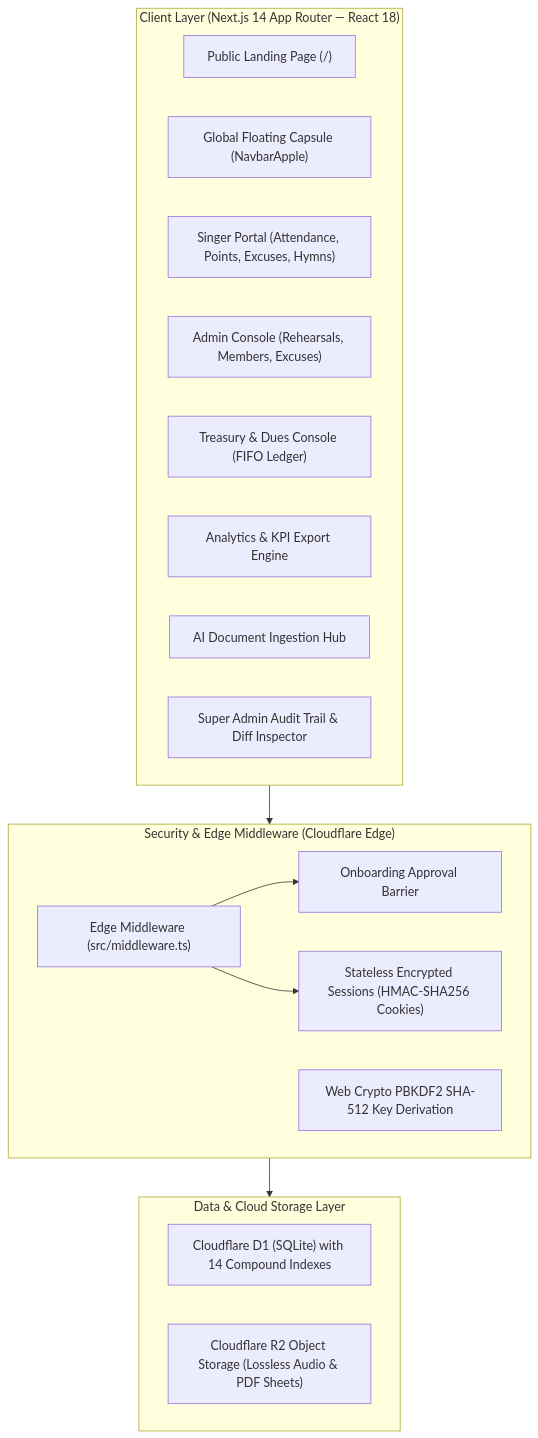
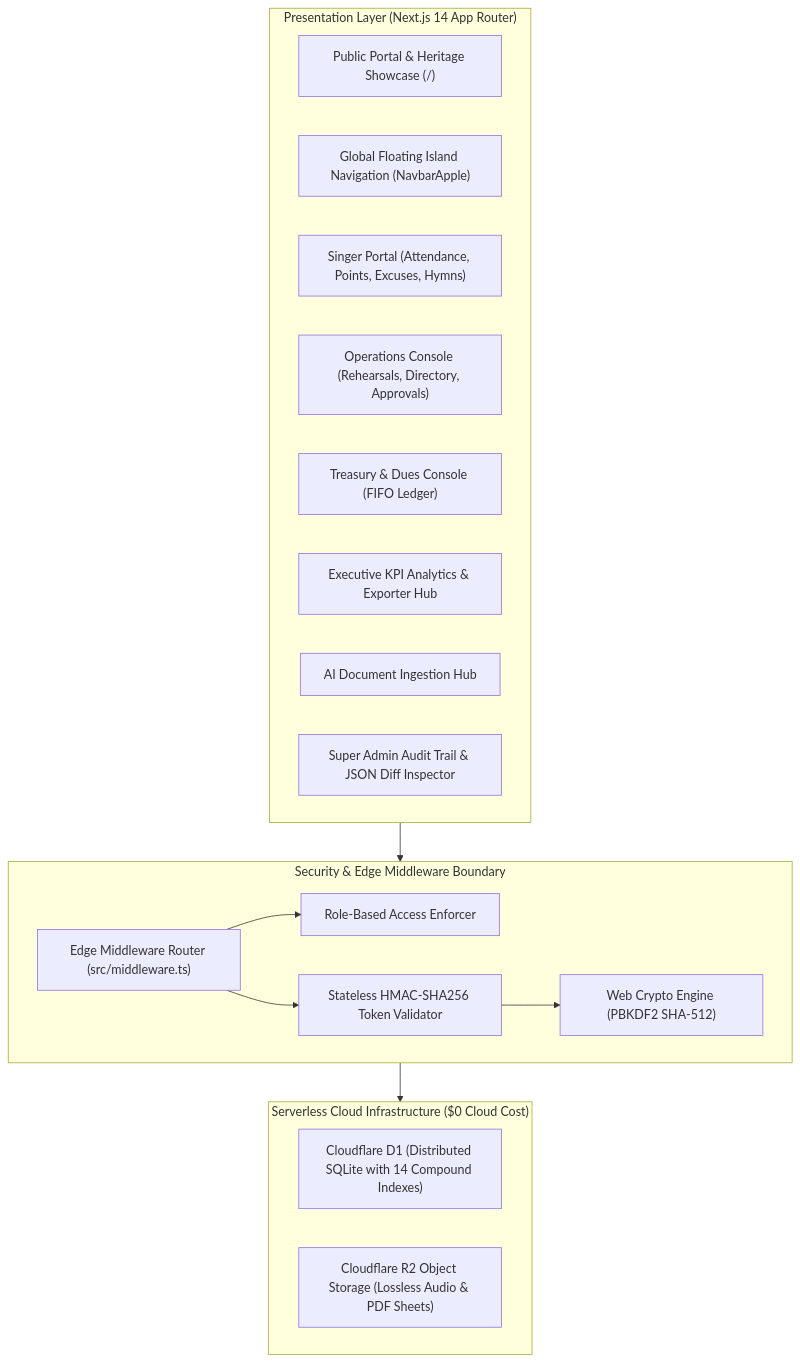
The diagram in README.md (FadyAmgadNaoum/ThamarShefahChoir), drawn with Mermaid before and after one commit. The commit also changed other lines of this file and 6 other files, not shown here.

````diff
--- a/README.md
+++ b/README.md
@@ -106,30 +43,31 @@
 ```mermaid
 flowchart TD
-    subgraph ClientLayer["Client Layer (Next.js 14 App Router — React 18)"]
-        Landing["Public Landing Page (/)"]
-        DynamicIsland["Global Floating Capsule (NavbarApple)"]
+    subgraph PresentationLayer["Presentation Layer (Next.js 14 App Router)"]
+        PublicLanding["Public Portal & Heritage Showcase (/)"]
+        DynamicIsland["Global Floating Island Navigation (NavbarApple)"]
         MemberPortal["Singer Portal (Attendance, Points, Excuses, Hymns)"]
-        AdminDashboard["Admin Console (Rehearsals, Members, Excuses)"]
-        FinanceDashboard["Treasury & Dues Console (FIFO Ledger)"]
-        ReportsConsole["Analytics & KPI Export Engine"]
-        AIImportHub["AI Document Ingestion Hub"]
-        SuperAudit["Super Admin Audit Trail & Diff Inspector"]
+        AdminConsole["Operations Console (Rehearsals, Directory, Approvals)"]
+        TreasuryConsole["Treasury & Dues Console (FIFO Ledger)"]
+        AnalyticsConsole["Executive KPI Analytics & Exporter Hub"]
+        AIHub["AI Document Ingestion Hub"]
+        AuditConsole["Super Admin Audit Trail & JSON Diff Inspector"]
     end
 
-    subgraph SecurityLayer["Security & Edge Middleware (Cloudflare Edge)"]
-        EdgeMW["Edge Middleware (src/middleware.ts)"]
-        AuthBarrier["Onboarding Approval Barrier"]
-        PBKDF2["Web Crypto PBKDF2 SHA-512 Key Derivation"]
-        SessionCrypto["Stateless Encrypted Sessions (HMAC-SHA256 Cookies)"]
-        EdgeMW --> AuthBarrier
-        EdgeMW --> SessionCrypto
+    subgraph SecurityBoundary["Security & Edge Middleware Boundary"]
+        EdgeMW["Edge Middleware Router (src/middleware.ts)"]
+        RBACGate["Role-Based Access Enforcer"]
+        CryptoEngine["Web Crypto Engine (PBKDF2 SHA-512)"]
+        TokenAuth["Stateless HMAC-SHA256 Token Validator"]
+        EdgeMW --> RBACGate
+        EdgeMW --> TokenAuth
+        TokenAuth --> CryptoEngine
     end
 
-    subgraph StorageLayer["Data & Cloud Storage Layer"]
-        D1["Cloudflare D1 (SQLite) with 14 Compound Indexes"]
-        R2["Cloudflare R2 Object Storage (Lossless Audio & PDF Sheets)"]
+    subgraph PersistenceLayer["Serverless Cloud Infrastructure ($0 Cloud Cost)"]
+        D1DB["Cloudflare D1 (Distributed SQLite with 14 Compound Indexes)"]
+        R2Storage["Cloudflare R2 Object Storage (Lossless Audio & PDF Sheets)"]
     end
 
-    ClientLayer --> SecurityLayer
-    SecurityLayer --> StorageLayer
+    PresentationLayer --> SecurityBoundary
+    SecurityBoundary --> PersistenceLayer
 ```
````
